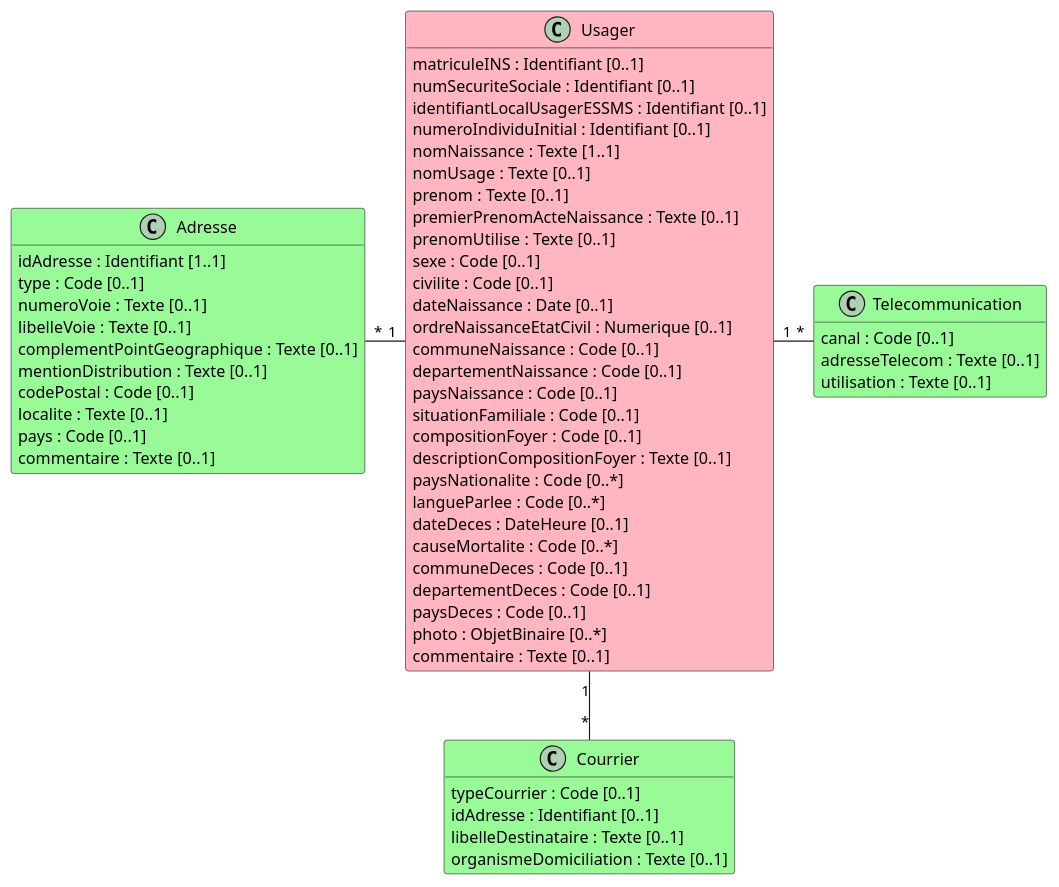
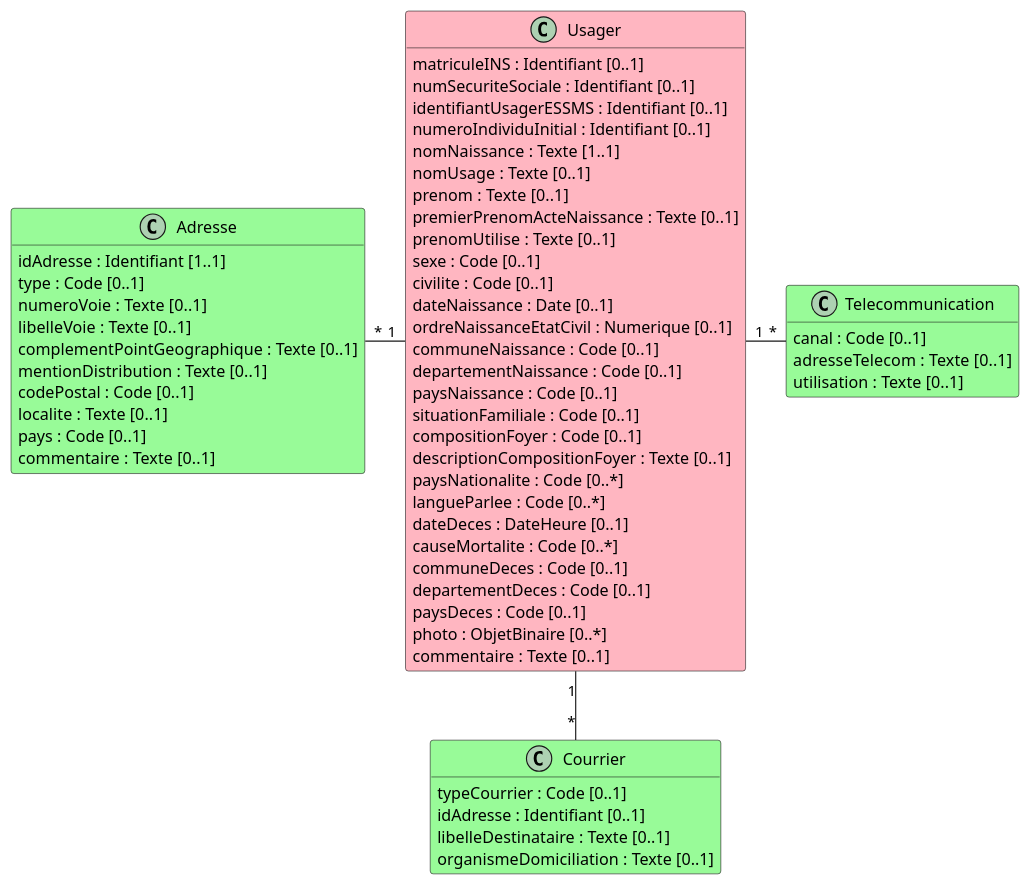
Before and after one commit to ansforge/IG-fhir-medicosocial-transfert-donnees-dui: the diagram in input/images-source/bloc_identification_coordonnees.plantuml, drawn with PlantUML. The commit also changed 1 other file, not shown here.

Commit message:
corr usager

```diff
--- a/input/images-source/bloc_identification_coordonnees.plantuml
+++ b/input/images-source/bloc_identification_coordonnees.plantuml
@@ -1,66 +1,66 @@
 @startuml
 
 hide empty methods
 
 class Usager #LightPink {
     matriculeINS : Identifiant [0..1]
     numSecuriteSociale : Identifiant [0..1]
-    identifiantLocalUsagerESSMS : Identifiant [0..1]
+    identifiantUsagerESSMS : Identifiant [0..1]
     numeroIndividuInitial : Identifiant [0..1]
     nomNaissance : Texte [1..1]
     nomUsage : Texte [0..1]
     prenom : Texte [0..1]
     premierPrenomActeNaissance : Texte [0..1]
     prenomUtilise : Texte [0..1]
     sexe : Code [0..1]
     civilite : Code [0..1]
     dateNaissance : Date [0..1]
     ordreNaissanceEtatCivil : Numerique [0..1]
     communeNaissance : Code [0..1]
     departementNaissance : Code [0..1]
     paysNaissance : Code [0..1]
     situationFamiliale : Code [0..1]
     compositionFoyer : Code [0..1]
     descriptionCompositionFoyer : Texte [0..1]
     paysNationalite : Code [0..*]
     langueParlee : Code [0..*]
     dateDeces : DateHeure [0..1]
     causeMortalite : Code [0..*]
     communeDeces : Code [0..1]
     departementDeces : Code [0..1]
     paysDeces : Code [0..1]
     photo : ObjetBinaire [0..*]
     commentaire : Texte [0..1]
 }
 
 class Adresse #PaleGreen {
     idAdresse : Identifiant [1..1]
     type : Code [0..1]
     numeroVoie : Texte [0..1]
     libelleVoie : Texte [0..1]
     complementPointGeographique : Texte [0..1]
     mentionDistribution : Texte [0..1]
     codePostal : Code [0..1]
     localite : Texte [0..1]
     pays : Code [0..1]
     commentaire : Texte [0..1]
 }
 
 class Telecommunication #PaleGreen {
     canal : Code [0..1]
     adresseTelecom : Texte [0..1]
     utilisation : Texte [0..1]
 }
 
 class Courrier #PaleGreen {
     typeCourrier : Code [0..1]
     idAdresse : Identifiant [0..1]
     libelleDestinataire : Texte [0..1]
     organismeDomiciliation : Texte [0..1]
 }
 
 Adresse "*" - "1" Usager
 Usager "1" - "*" Telecommunication
 Usager "1" -- "*" Courrier
 
 @enduml
```
